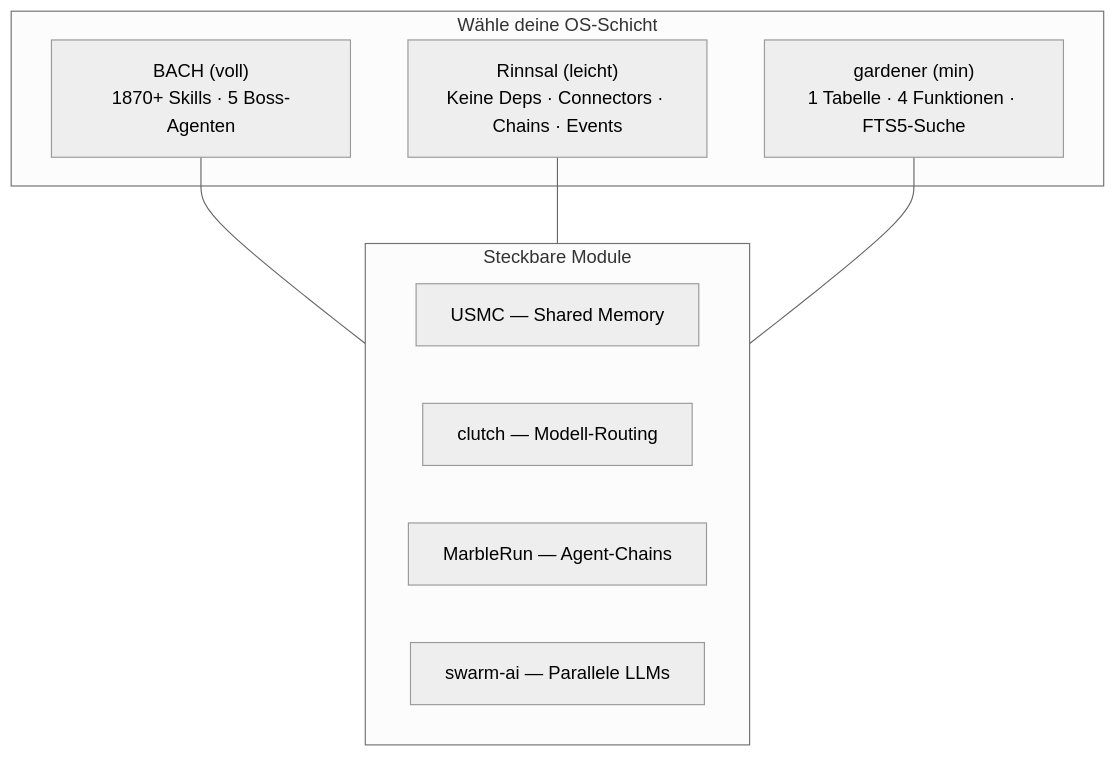
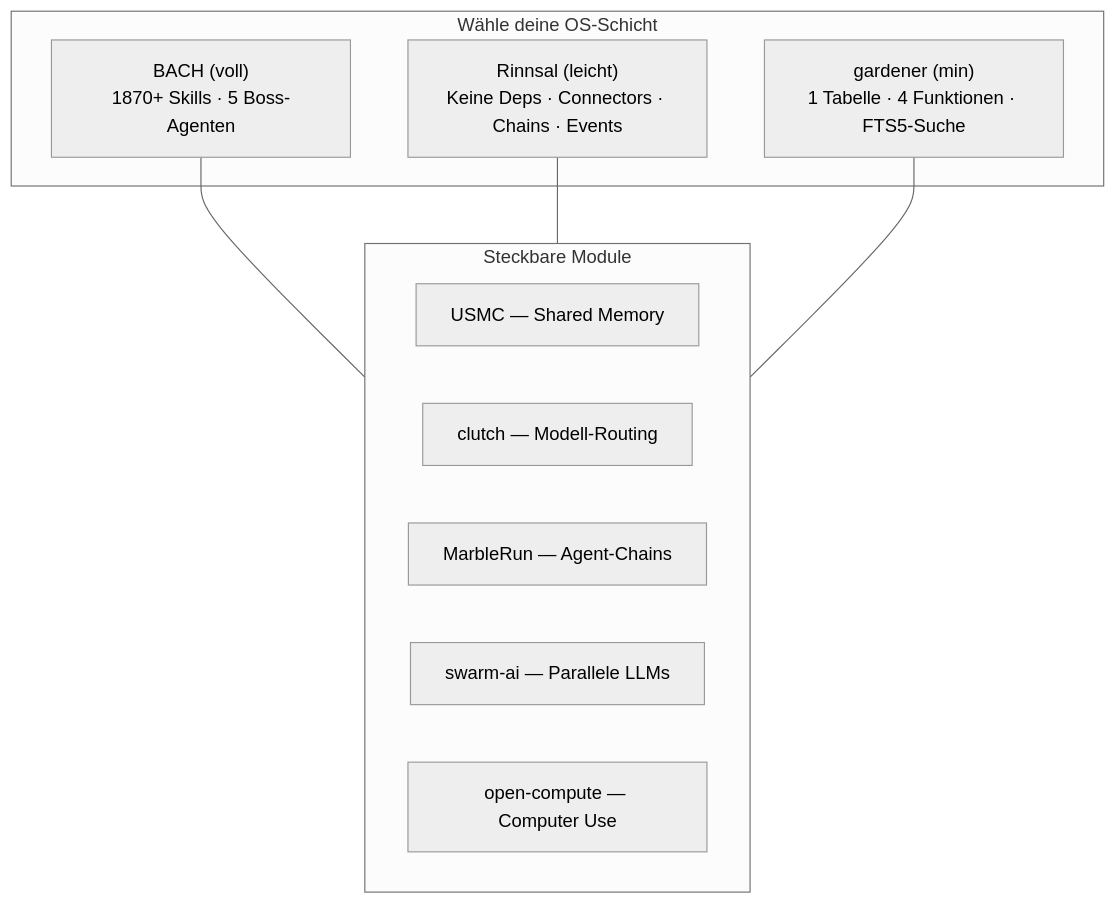
One commit to ellmos-ai/.github changed the diagram in profile/README_de.md. Above: the diagram before and after it, drawn with Mermaid (neutral theme). The commit also changed other lines of this file and 3 other files, not shown here.

````diff
--- a/profile/README_de.md
+++ b/profile/README_de.md
@@ -116,17 +118,18 @@
 ```mermaid
 flowchart TD
   subgraph OS["Wähle deine OS-Schicht"]
     BACH["BACH (voll)<br/>1870+ Skills · 5 Boss-Agenten"]
     RIN["Rinnsal (leicht)<br/>Keine Deps · Connectors · Chains · Events"]
     GAR["gardener (min)<br/>1 Tabelle · 4 Funktionen · FTS5-Suche"]
   end
   subgraph MOD["Steckbare Module"]
     USMC["USMC — Shared Memory"]
     CLUTCH["clutch — Modell-Routing"]
     MARBLE["MarbleRun — Agent-Chains"]
     SWARM["swarm-ai — Parallele LLMs"]
+    OCOMP["open-compute — Computer Use"]
   end
   BACH --- MOD
   RIN --- MOD
   GAR --- MOD
 ```
````
